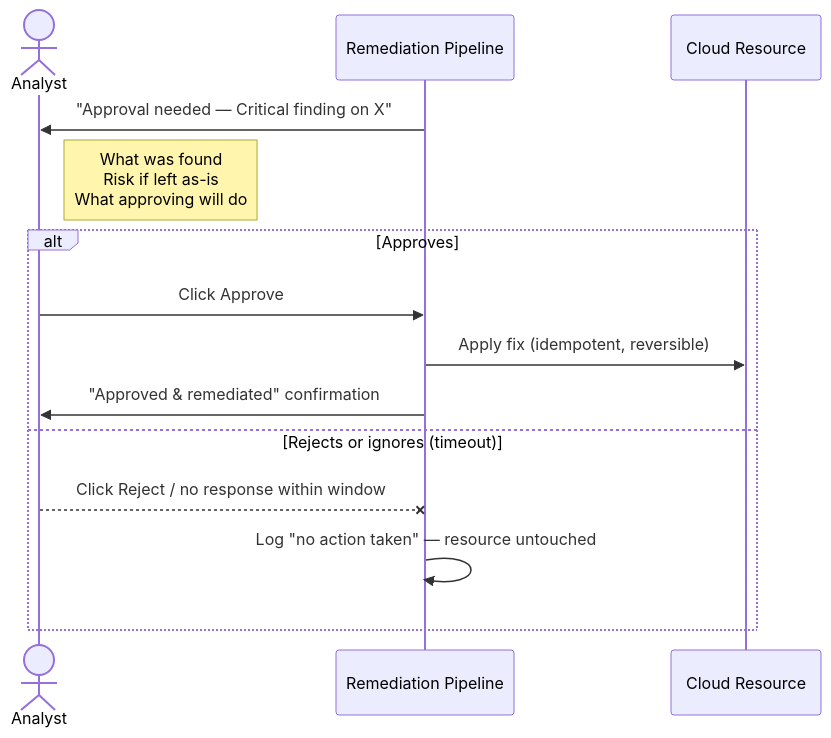
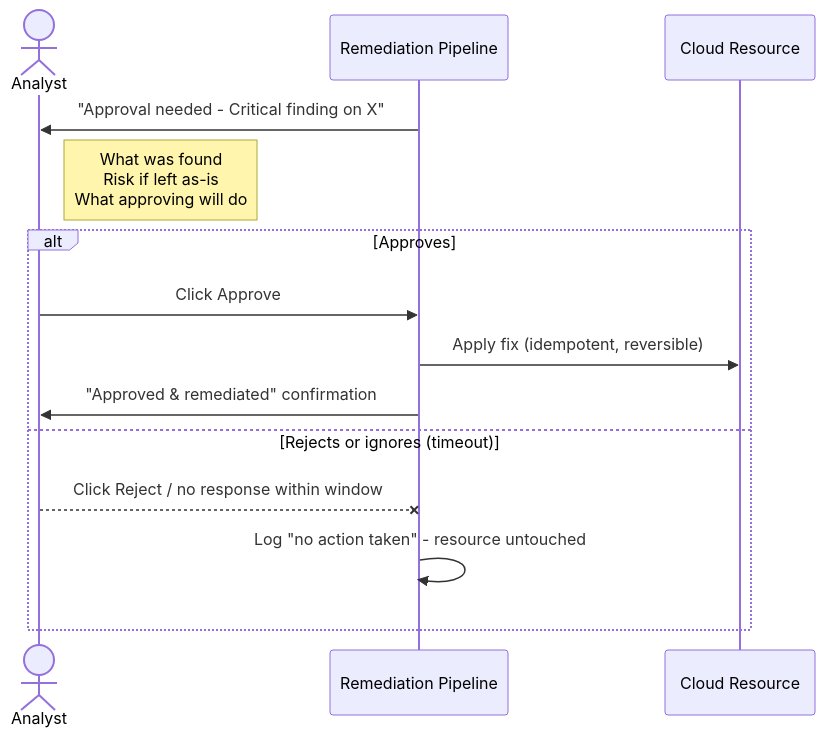
The fourth of 4 diagrams in 3.Week3/README.md (vkhere/CloudGuardian), drawn with Mermaid before and after one commit. The commit also changed other lines of this file and 171 other files, not shown here.

````diff
--- a/3.Week3/README.md
+++ b/3.Week3/README.md
@@ -758,17 +758,17 @@
 ```mermaid
 sequenceDiagram
     actor Analyst
     participant Pipeline as Remediation Pipeline
     participant Resource as Cloud Resource
 
-    Pipeline->>Analyst: "Approval needed — Critical finding on X"
+    Pipeline->>Analyst: "Approval needed - Critical finding on X"
     Note right of Analyst: What was found<br/>Risk if left as-is<br/>What approving will do
     alt Approves
         Analyst->>Pipeline: Click Approve
         Pipeline->>Resource: Apply fix (idempotent, reversible)
         Pipeline->>Analyst: "Approved & remediated" confirmation
     else Rejects or ignores (timeout)
         Analyst--xPipeline: Click Reject / no response within window
-        Pipeline->>Pipeline: Log "no action taken" — resource untouched
+        Pipeline->>Pipeline: Log "no action taken" - resource untouched
     end
 ```
````
